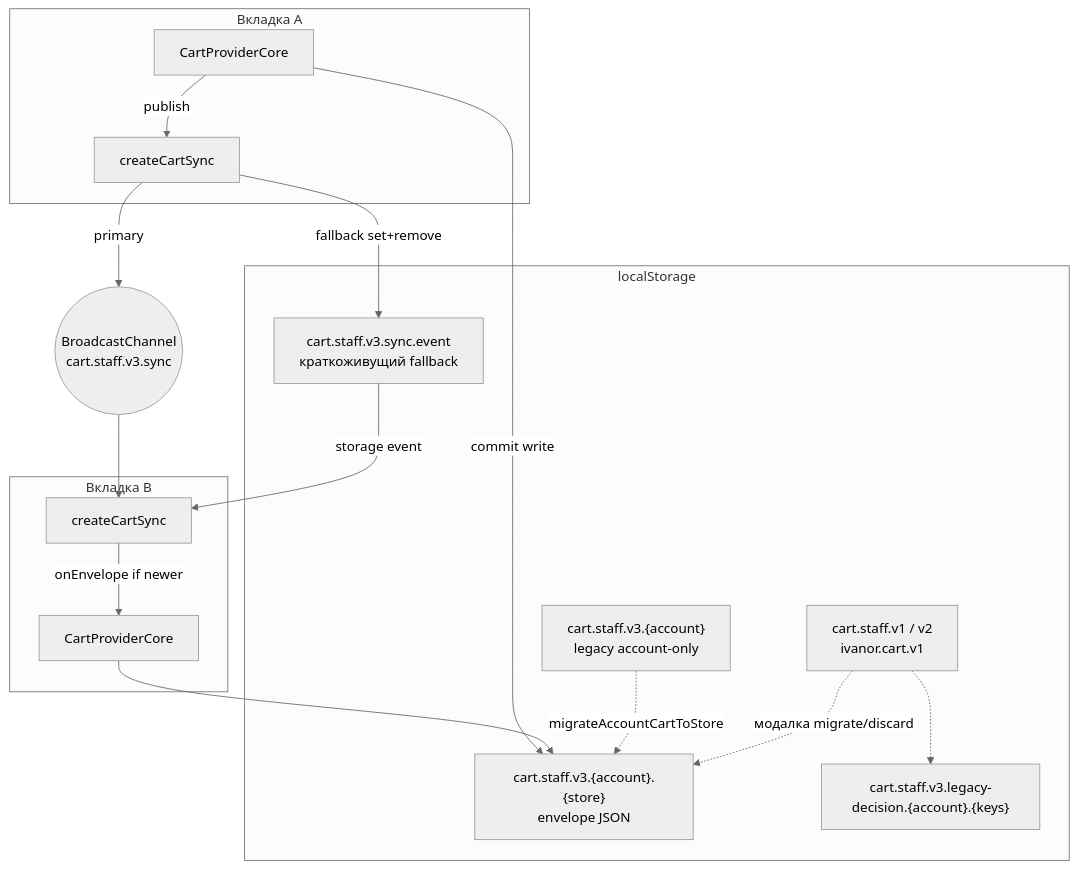
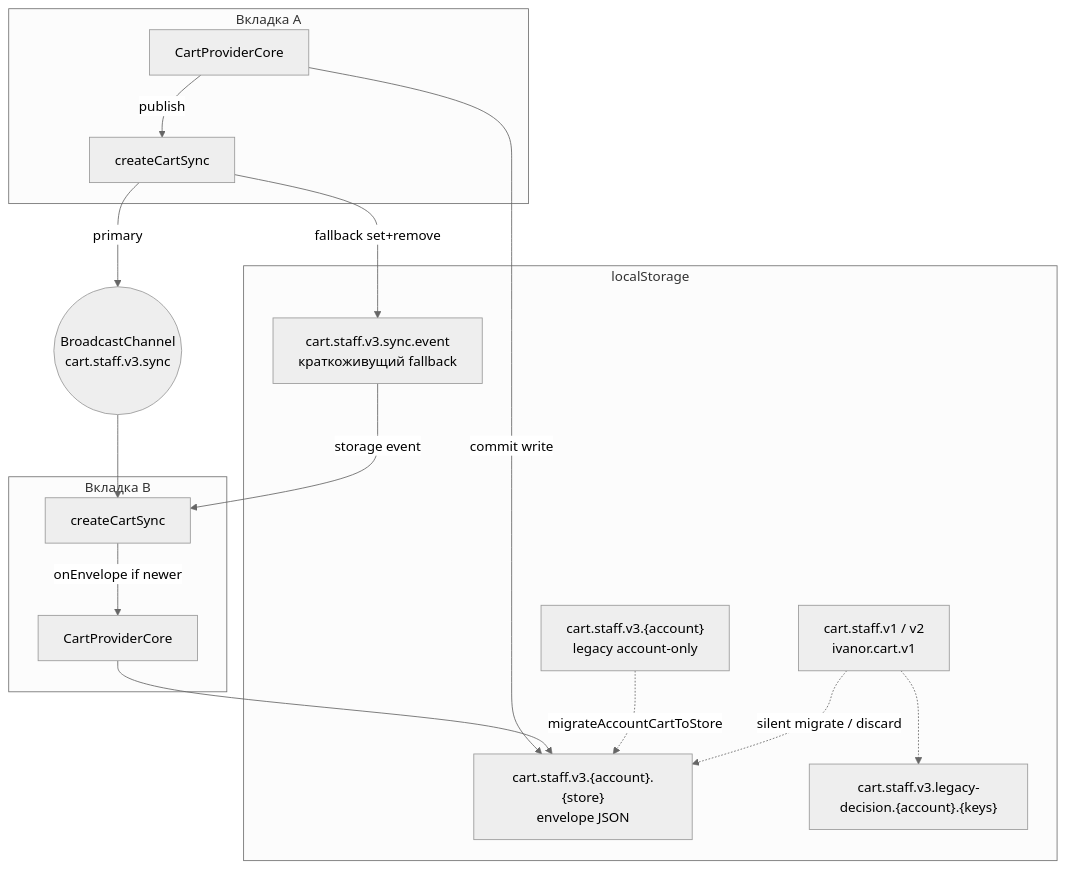
The first of 3 diagrams in docs/09-cart/migration-and-multitab.md (iscander-b10/tyres_discs), drawn with Mermaid (neutral theme) before and after one commit. The commit also changed other lines of this file and 13 other files, not shown here.

First line of the commit message:
Remove the legacy cart migration modal and auto-migrate or discard on workspace load.

````diff
--- a/docs/09-cart/migration-and-multitab.md
+++ b/docs/09-cart/migration-and-multitab.md
@@ -36,35 +36,35 @@
 ```mermaid
 flowchart TB
   subgraph Persist[localStorage]
     V3["cart.staff.v3.{account}.{store}<br/>envelope JSON"]
     Acc["cart.staff.v3.{account}<br/>legacy account-only"]
     Leg["cart.staff.v1 / v2<br/>ivanor.cart.v1"]
     Marker["cart.staff.v3.legacy-decision.{account}.{keys}"]
     SyncKey["cart.staff.v3.sync.event<br/>краткоживущий fallback"]
   end
 
   subgraph TabA[Вкладка A]
     CtxA[CartProviderCore]
     SyncA[createCartSync]
   end
 
   subgraph TabB[Вкладка B]
     CtxB[CartProviderCore]
     SyncB[createCartSync]
   end
 
   BC((BroadcastChannel<br/>cart.staff.v3.sync))
 
   CtxA -->|commit write| V3
   CtxA -->|publish| SyncA
   SyncA -->|primary| BC
   SyncA -->|fallback set+remove| SyncKey
   BC --> SyncB
   SyncKey -->|storage event| SyncB
   SyncB -->|onEnvelope if newer| CtxB
   CtxB --> V3
 
   Acc -.->|migrateAccountCartToStore| V3
-  Leg -.->|модалка migrate/discard| V3
+  Leg -.->|silent migrate / discard| V3
   Leg -.-> Marker
 ```
````
